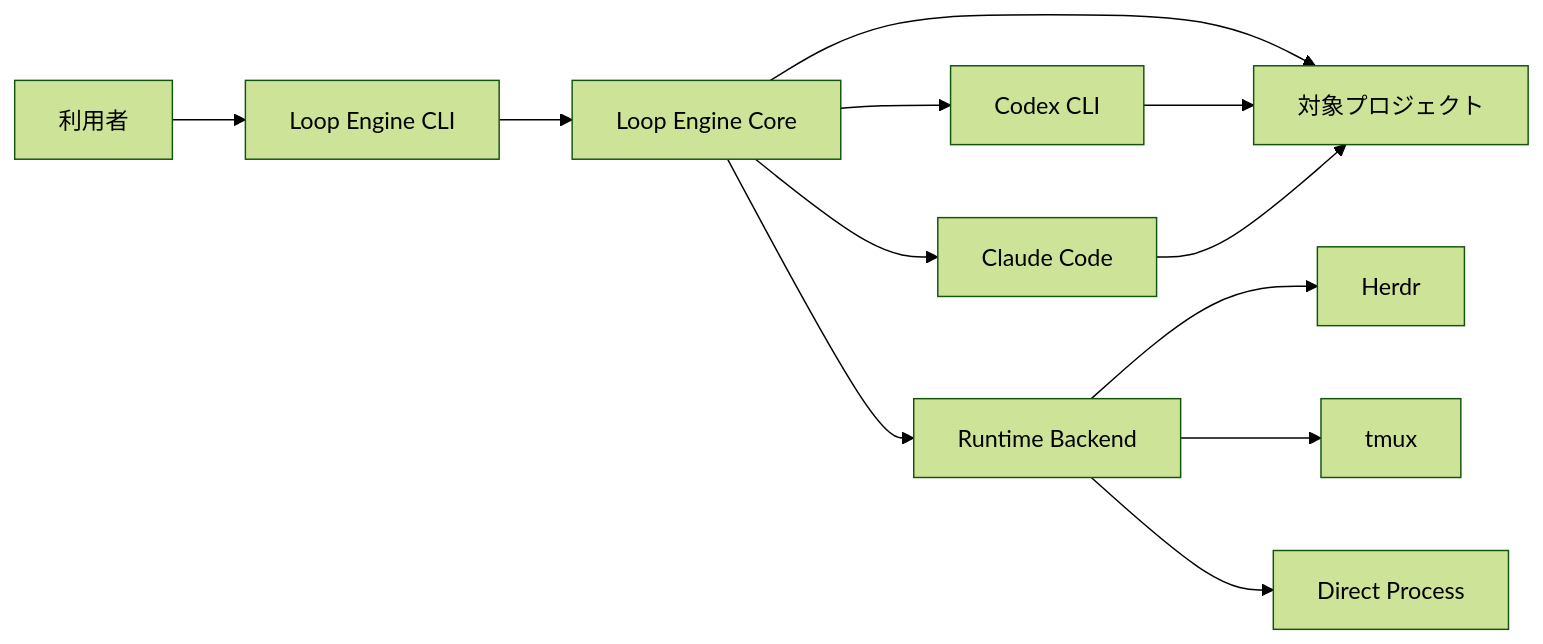
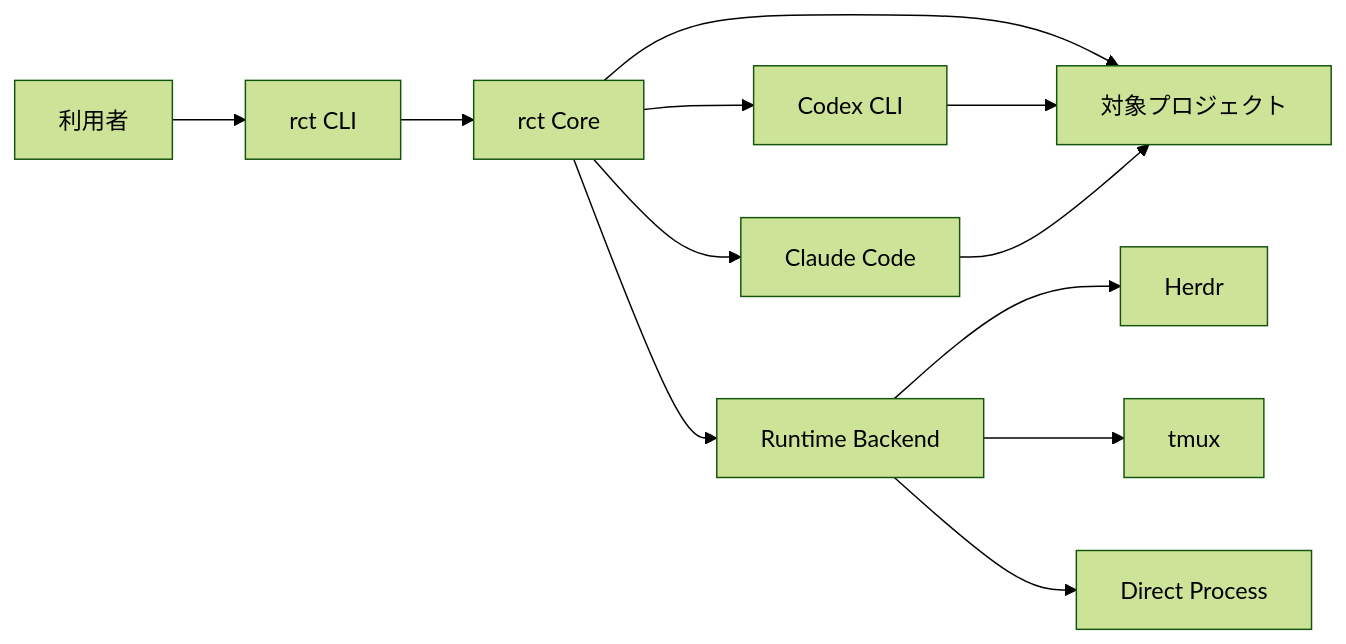
Before and after one commit to hironeko/rct: the first of 5 diagrams in docs/architecture.md, drawn with Mermaid (forest theme). The commit also changed other lines of this file and 39 other files, not shown here.

````diff
--- a/docs/architecture.md
+++ b/docs/architecture.md
@@ -43,14 +42,14 @@
 ```mermaid
 flowchart LR
-    U["利用者"] --> CLI["Loop Engine CLI"]
-    CLI --> CORE["Loop Engine Core"]
+    U["利用者"] --> CLI["rct CLI"]
+    CLI --> CORE["rct Core"]
     CORE --> CODEX["Codex CLI"]
     CORE --> CLAUDE["Claude Code"]
     CORE --> PROJECT["対象プロジェクト"]
     CORE --> RUNTIME["Runtime Backend"]
     RUNTIME --> HERDR["Herdr"]
     RUNTIME --> TMUX["tmux"]
     RUNTIME --> DIRECT["Direct Process"]
     CODEX --> PROJECT
     CLAUDE --> PROJECT
 ```
````
